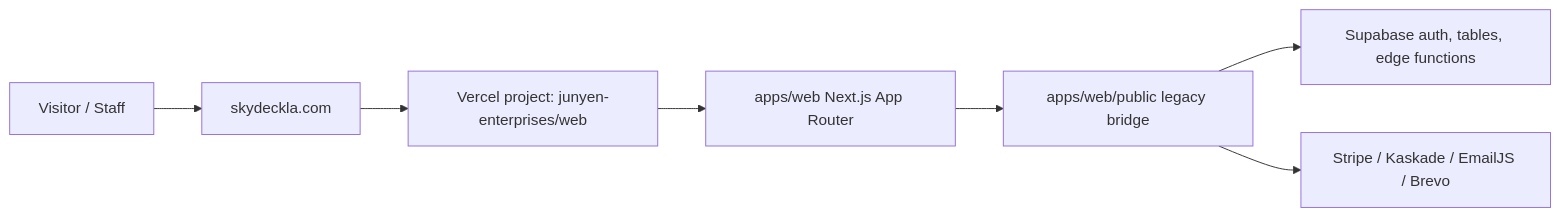
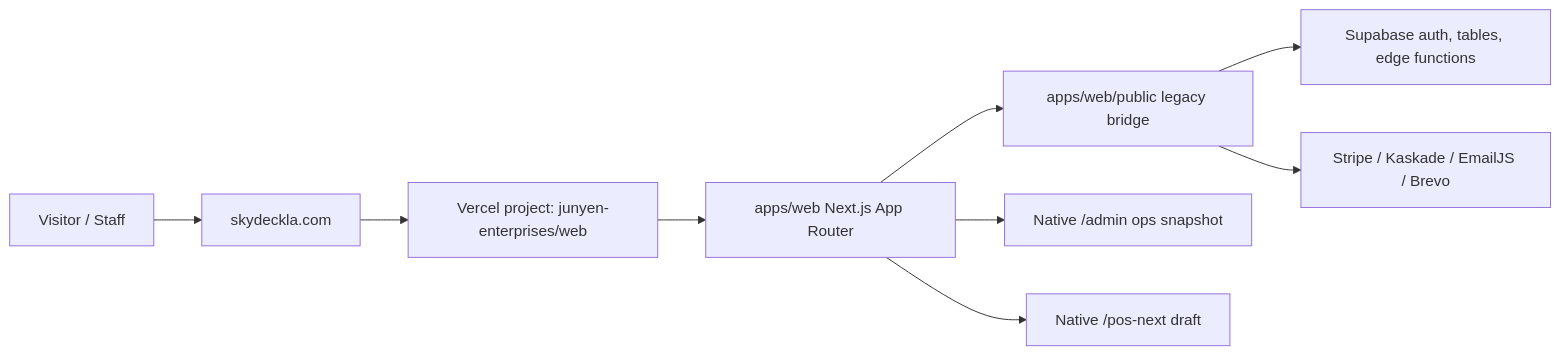
The first of 2 diagrams in docs/phase-2-roadmap.md (junyengit/skyla), drawn with Mermaid before and after one commit. The commit also changed other lines of this file and 14 other files, not shown here.

Commit message:
Add native admin operations spine

````diff
--- a/docs/phase-2-roadmap.md
+++ b/docs/phase-2-roadmap.md
@@ -20,17 +20,21 @@
 ```mermaid
 flowchart LR
   visitor["Visitor / Staff"]
   domain["skydeckla.com"]
   vercel["Vercel project: junyen-enterprises/web"]
   next["apps/web Next.js App Router"]
   bridge["apps/web/public legacy bridge"]
+  admin["Native /admin ops snapshot"]
+  posDraft["Native /pos-next draft"]
   supabase["Supabase auth, tables, edge functions"]
   payments["Stripe / Kaskade / EmailJS / Brevo"]
 
   visitor --> domain
   domain --> vercel
   vercel --> next
   next --> bridge
+  next --> admin
+  next --> posDraft
   bridge --> supabase
   bridge --> payments
 ```
````
